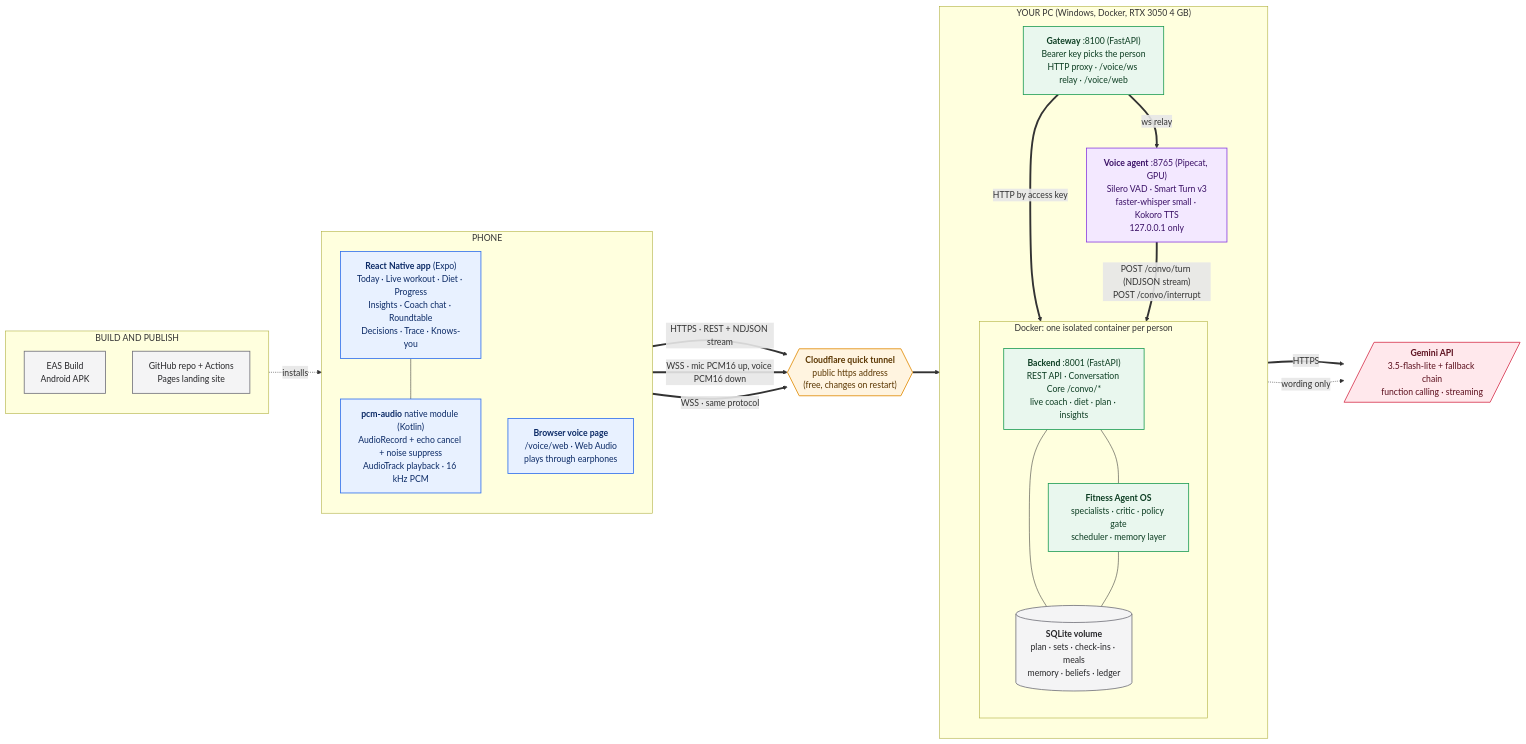
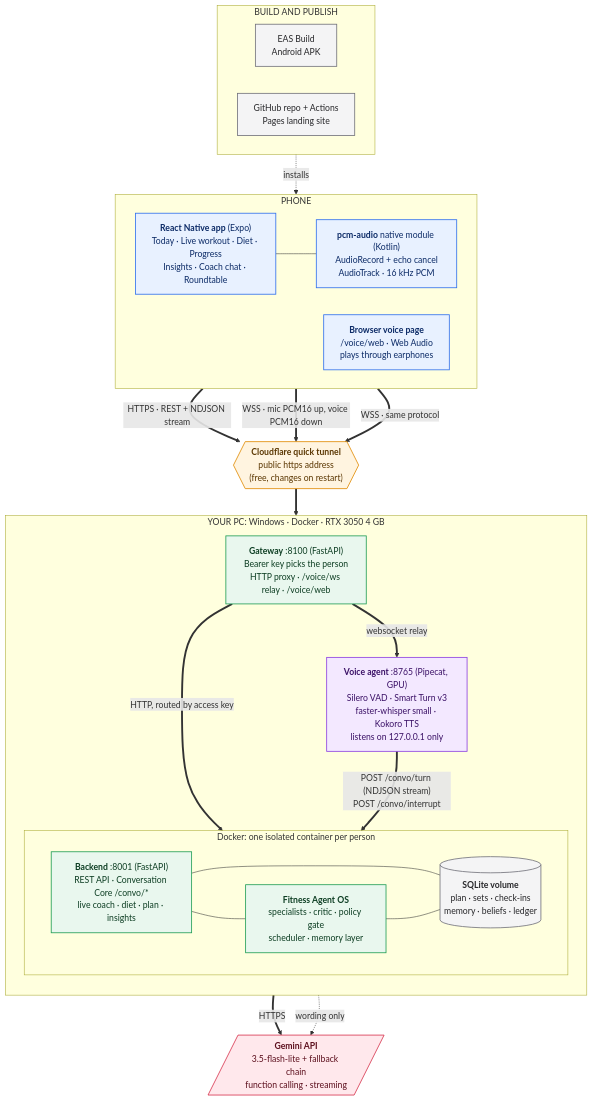
One commit to harshiittttt/Agentic_fitness_system changed the first of 3 diagrams in README.md. Above: the diagram before and after it, drawn with Mermaid. The commit also changed other lines of this file and 3 other files, not shown here.

Commit message:
Site: explain the whole project (3 architecture diagrams, one spoken turn, safety + memory, results, what the gym found); README diagrams made readable

````diff
--- a/README.md
+++ b/README.md
@@ -22,55 +22,55 @@
 ```mermaid
-flowchart LR
+flowchart TB
   classDef phone fill:#e8f1ff,stroke:#2f6fed,color:#0b2a66,stroke-width:1.5px
   classDef edge fill:#fff4e0,stroke:#e08a00,color:#5a3600,stroke-width:1.5px
   classDef pc fill:#e9f7ee,stroke:#1f9d55,color:#0c3d22,stroke-width:1.5px
   classDef gpu fill:#f3e8ff,stroke:#8b3fe0,color:#3a1066,stroke-width:1.5px
   classDef cloud fill:#ffe8ec,stroke:#d6334d,color:#5c0f1d,stroke-width:1.5px
   classDef store fill:#f4f4f5,stroke:#71717a,color:#27272a,stroke-width:1.5px
 
   subgraph PHONE["PHONE"]
-    direction TB
-    APP["<b>React Native app</b> (Expo)<br/>Today · Live workout · Diet · Progress<br/>Insights · Coach chat · Roundtable<br/>Decisions · Trace · Knows-you"]:::phone
-    NATIVE["<b>pcm-audio</b> native module (Kotlin)<br/>AudioRecord + echo cancel + noise suppress<br/>AudioTrack playback · 16 kHz PCM"]:::phone
+    direction LR
+    APP["<b>React Native app</b> (Expo)<br/>Today · Live workout · Diet · Progress<br/>Insights · Coach chat · Roundtable"]:::phone
+    NATIVE["<b>pcm-audio</b> native module (Kotlin)<br/>AudioRecord + echo cancel<br/>AudioTrack · 16 kHz PCM"]:::phone
     WEB["<b>Browser voice page</b><br/>/voice/web · Web Audio<br/>plays through earphones"]:::phone
     APP --- NATIVE
   end
 
   CF{{"<b>Cloudflare quick tunnel</b><br/>public https address<br/>(free, changes on restart)"}}:::edge
 
-  subgraph PC["YOUR PC (Windows, Docker, RTX 3050 4 GB)"]
+  subgraph PC["YOUR PC: Windows · Docker · RTX 3050 4 GB"]
     direction TB
     GW["<b>Gateway</b> :8100 (FastAPI)<br/>Bearer key picks the person<br/>HTTP proxy · /voice/ws relay · /voice/web"]:::pc
 
     subgraph DOCKER["Docker: one isolated container per person"]
-      direction TB
+      direction LR
       BE["<b>Backend</b> :8001 (FastAPI)<br/>REST API · Conversation Core /convo/*<br/>live coach · diet · plan · insights"]:::pc
       AOS["<b>Fitness Agent OS</b><br/>specialists · critic · policy gate<br/>scheduler · memory layer"]:::pc
-      DB[("<b>SQLite volume</b><br/>plan · sets · check-ins · meals<br/>memory · beliefs · ledger")]:::store
+      DB[("<b>SQLite volume</b><br/>plan · sets · check-ins<br/>memory · beliefs · ledger")]:::store
       BE --- AOS
       BE --- DB
       AOS --- DB
     end
 
-    VA["<b>Voice agent</b> :8765 (Pipecat, GPU)<br/>Silero VAD · Smart Turn v3<br/>faster-whisper small · Kokoro TTS<br/>127.0.0.1 only"]:::gpu
+    VA["<b>Voice agent</b> :8765 (Pipecat, GPU)<br/>Silero VAD · Smart Turn v3<br/>faster-whisper small · Kokoro TTS<br/>listens on 127.0.0.1 only"]:::gpu
   end
 
   GEM[/"<b>Gemini API</b><br/>3.5-flash-lite + fallback chain<br/>function calling · streaming"/]:::cloud
 
   subgraph SHIP["BUILD AND PUBLISH"]
-    direction TB
+    direction LR
     EAS["EAS Build<br/>Android APK"]:::store
     GH["GitHub repo + Actions<br/>Pages landing site"]:::store
   end
 
   APP == "HTTPS · REST + NDJSON stream" ==> CF
   NATIVE == "WSS · mic PCM16 up, voice PCM16 down" ==> CF
   WEB == "WSS · same protocol" ==> CF
   CF ==> GW
-  GW == "HTTP by access key" ==> BE
-  GW == "ws relay" ==> VA
+  GW == "HTTP, routed by access key" ==> BE
+  GW == "websocket relay" ==> VA
   VA == "POST /convo/turn (NDJSON stream)<br/>POST /convo/interrupt" ==> BE
   BE == "HTTPS" ==> GEM
   AOS -. "wording only" .-> GEM
   EAS -. "installs" .-> APP
 ```
````
